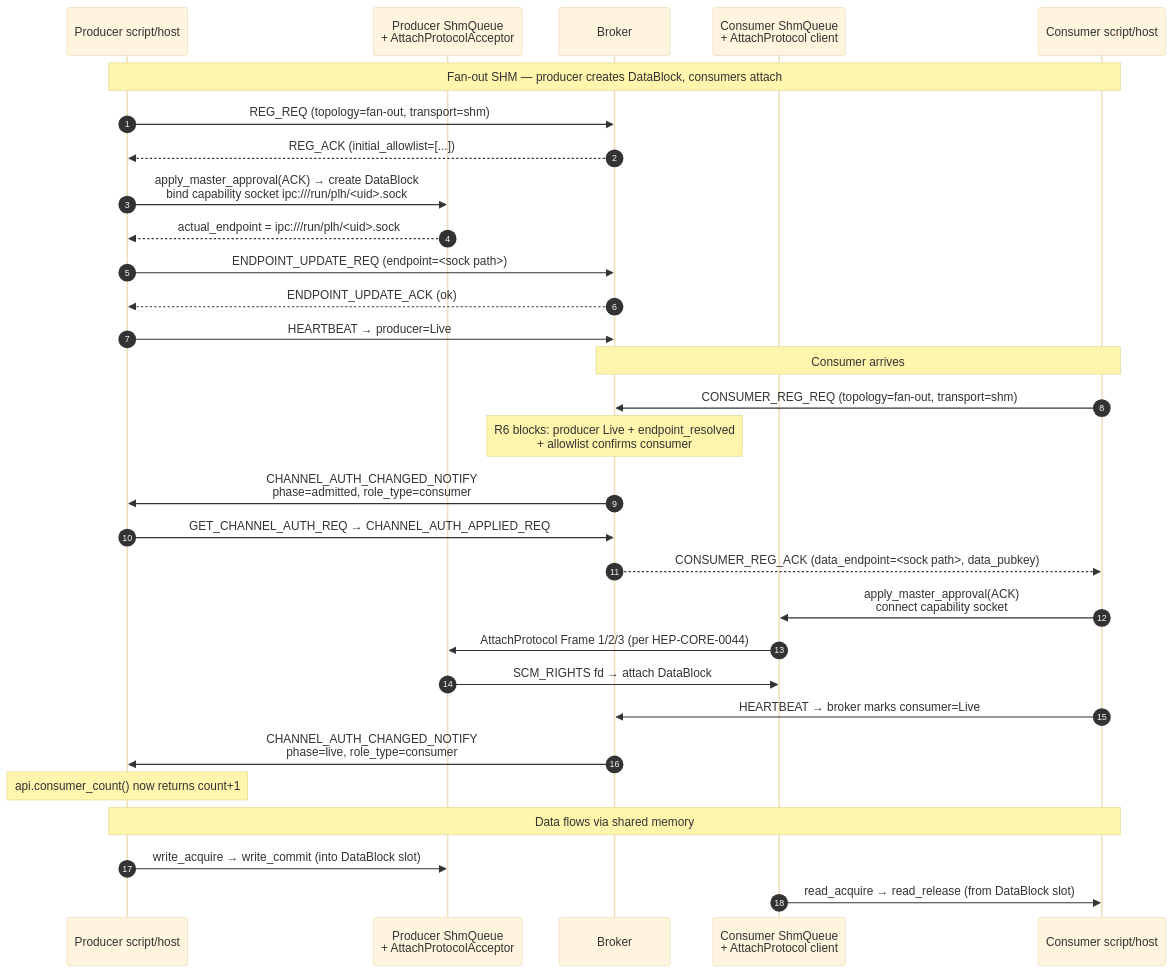
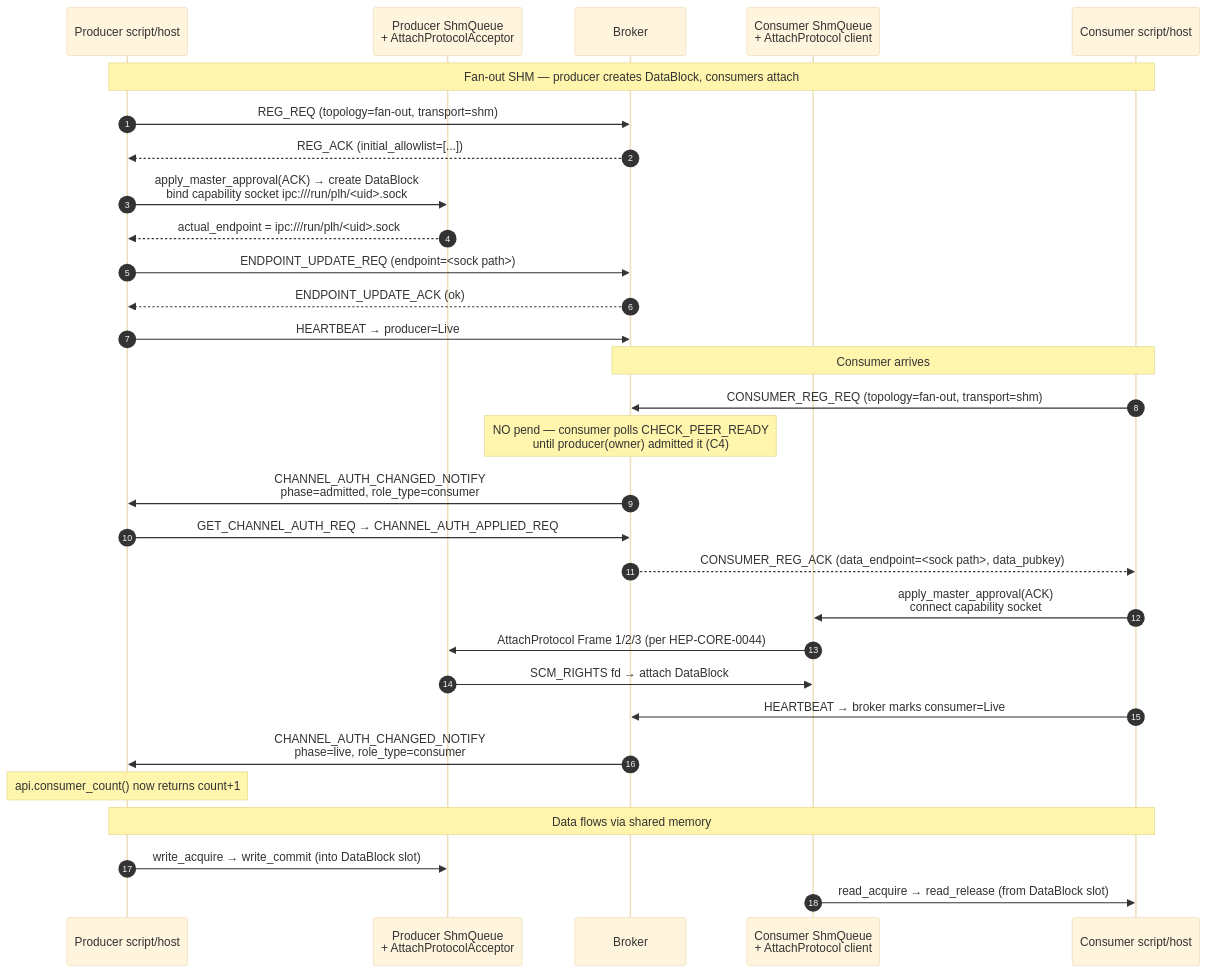
One commit to Qing-LAB/pylabhub changed the fifth of 7 diagrams in docs/HEP/HEP-CORE-0017-Pipeline-Architecture.md. Above: the diagram before and after it, drawn with Mermaid (base theme). The commit also changed other lines of this file and 2 other files, not shown here.

````diff
--- a/docs/HEP/HEP-CORE-0017-Pipeline-Architecture.md
+++ b/docs/HEP/HEP-CORE-0017-Pipeline-Architecture.md
@@ -1490,34 +1609,34 @@
 ```mermaid
 sequenceDiagram
     autonumber
     participant PS as Producer script/host
     participant PQ as Producer ShmQueue<br/>+ AttachProtocolAcceptor
     participant B  as Broker
     participant CQ as Consumer ShmQueue<br/>+ AttachProtocol client
     participant CS as Consumer script/host
 
     Note over PS,CS: Fan-out SHM — producer creates DataBlock, consumers attach
     PS->>B: REG_REQ (topology=fan-out, transport=shm)
     B-->>PS: REG_ACK (initial_allowlist=[...])
     PS->>PQ: apply_master_approval(ACK) → create DataBlock<br/>bind capability socket ipc:///run/plh/<uid>.sock
     PQ-->>PS: actual_endpoint = ipc:///run/plh/<uid>.sock
     PS->>B: ENDPOINT_UPDATE_REQ (endpoint=<sock path>)
     B-->>PS: ENDPOINT_UPDATE_ACK (ok)
     PS->>B: HEARTBEAT → producer=Live
 
     Note over CS,B: Consumer arrives
     CS->>B: CONSUMER_REG_REQ (topology=fan-out, transport=shm)
-    Note over B: R6 blocks: producer Live + endpoint_resolved<br/>+ allowlist confirms consumer
+    Note over B: NO pend — consumer polls CHECK_PEER_READY<br/>until producer(owner) admitted it (C4)
     B->>PS: CHANNEL_AUTH_CHANGED_NOTIFY<br/>phase=admitted, role_type=consumer
     PS->>B: GET_CHANNEL_AUTH_REQ → CHANNEL_AUTH_APPLIED_REQ
     B-->>CS: CONSUMER_REG_ACK (data_endpoint=<sock path>, data_pubkey)
     CS->>CQ: apply_master_approval(ACK)<br/>connect capability socket
     CQ->>PQ: AttachProtocol Frame 1/2/3 (per HEP-CORE-0044)
     PQ->>CQ: SCM_RIGHTS fd → attach DataBlock
     CS->>B: HEARTBEAT → broker marks consumer=Live
     B->>PS: CHANNEL_AUTH_CHANGED_NOTIFY<br/>phase=live, role_type=consumer
     Note over PS: api.consumer_count() now returns count+1
     Note over PS,CS: Data flows via shared memory
     PS->>PQ: write_acquire → write_commit (into DataBlock slot)
     CQ->>CS: read_acquire → read_release (from DataBlock slot)
 ```
````
